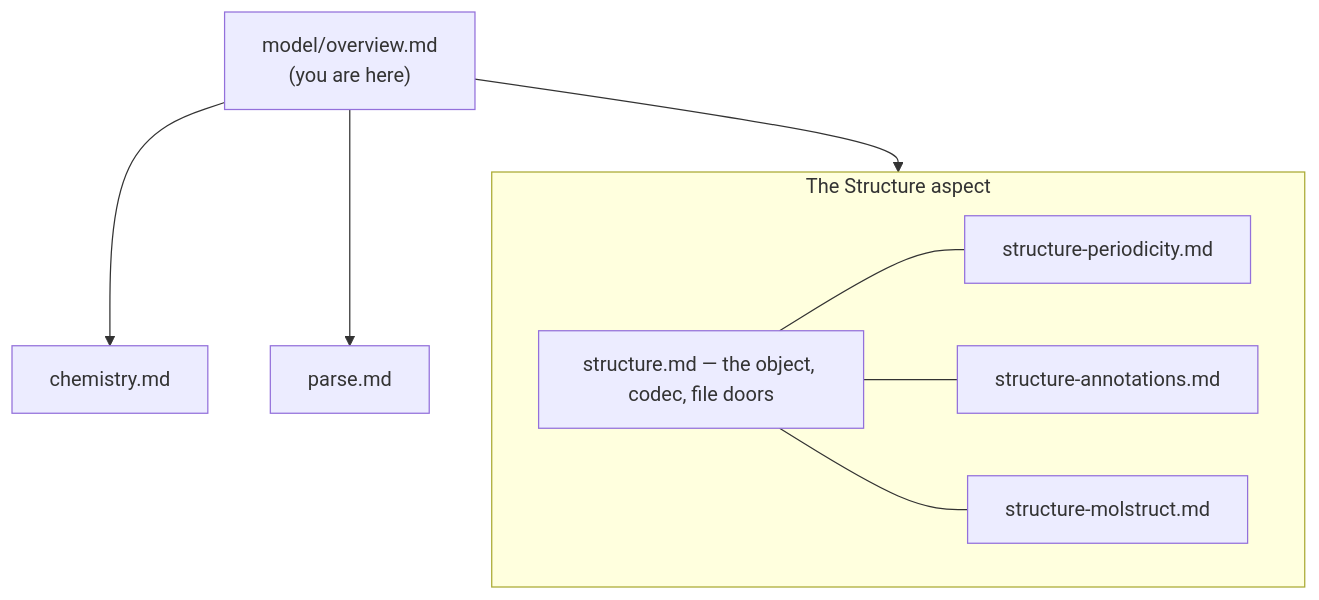
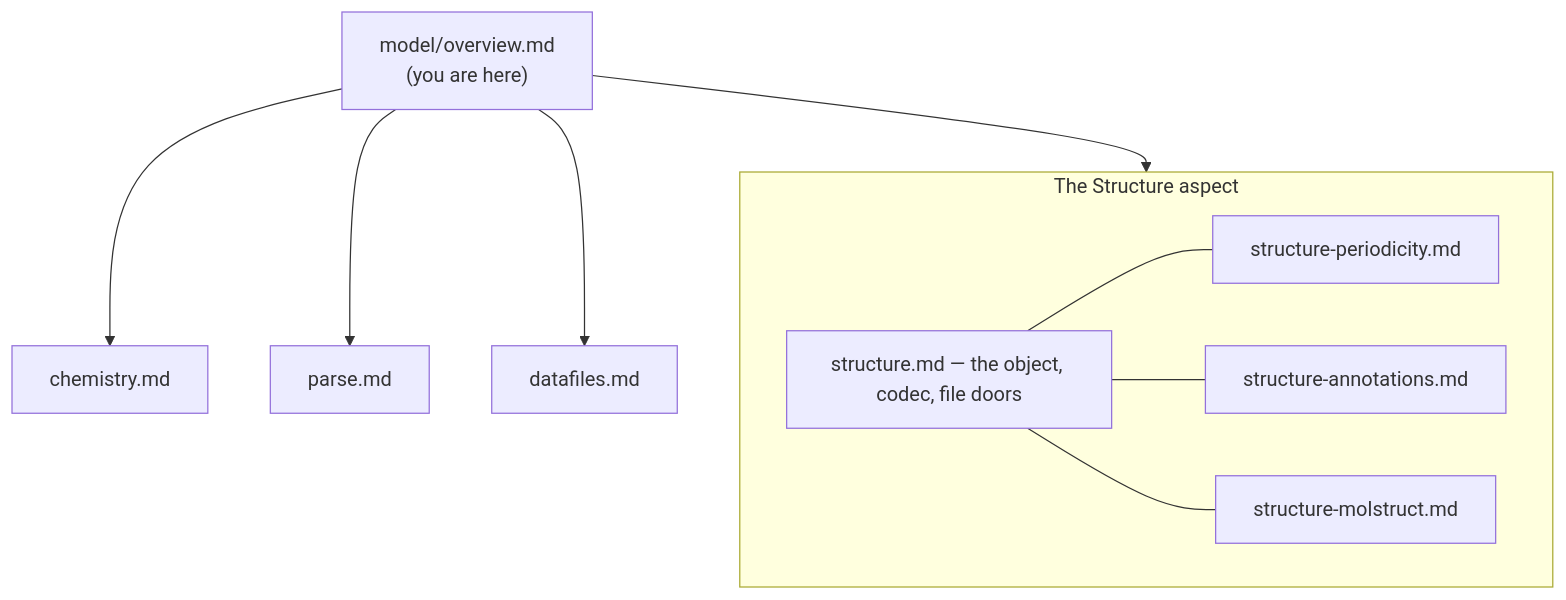
Before and after one commit to Qing-LAB/molbuilder: the first of 2 diagrams in docs/model/overview.md, drawn with Mermaid. The commit also changed other lines of this file and 10 other files, not shown here.

````diff
--- a/docs/model/overview.md
+++ b/docs/model/overview.md
@@ -21,18 +21,20 @@
 ```mermaid
 flowchart TD
     O["model/overview.md<br/>(you are here)"]
     subgraph STRUCT["The Structure aspect"]
         S["structure.md — the object, codec, file doors"]
         P["structure-periodicity.md"]
         A["structure-annotations.md"]
         M["structure-molstruct.md"]
         S --- P
         S --- A
         S --- M
     end
     C["chemistry.md"]
     PA["parse.md"]
+    DF["datafiles.md"]
     O --> STRUCT
     O --> C
     O --> PA
+    O --> DF
 ```
````
